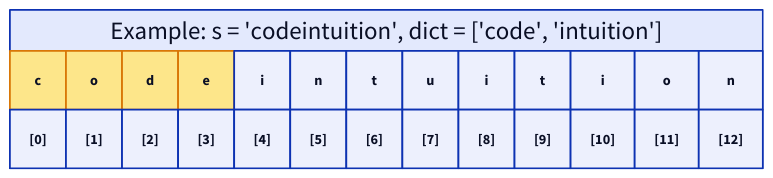
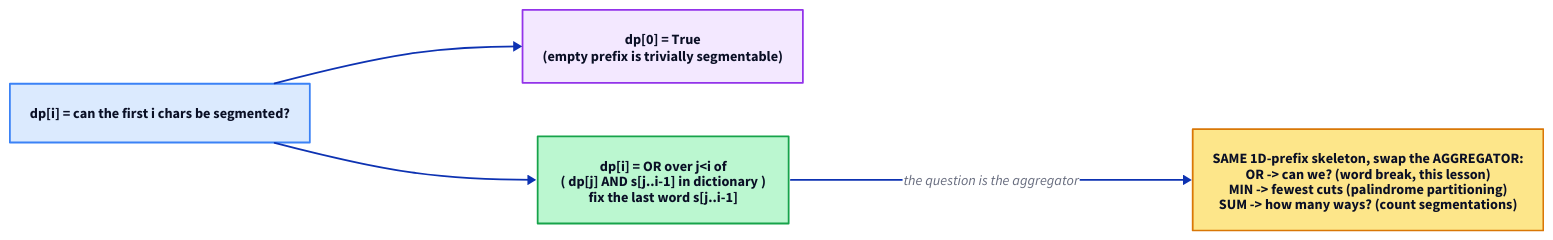
One commit to ani2fun/codefolio changed the diagram in content/cortex/data-structures-and-algorithms/05-algorithms-by-strategy/05-dynamic-programming/09-word-break.md. Above: the diagram before and after it, drawn with D2. The commit also changed other lines of this file and 1049 other files, not shown here.

````diff
--- a/content/cortex/data-structures-and-algorithms/05-algorithms-by-strategy/05-dynamic-programming/09-word-break.md
+++ b/content/cortex/data-structures-and-algorithms/05-algorithms-by-strategy/05-dynamic-programming/09-word-break.md
@@ -25,34 +61,10 @@
 ```d2
 direction: right
-ex: "Example: s = 'codeintuition', dict = ['code', 'intuition']" {
-  grid-rows: 2
-  grid-columns: 13
-  grid-gap: 0
-  c0: "c" {style.fill: "#fde68a"; style.stroke: "#d97706"}
-  c1: "o" {style.fill: "#fde68a"; style.stroke: "#d97706"}
-  c2: "d" {style.fill: "#fde68a"; style.stroke: "#d97706"}
-  c3: "e" {style.fill: "#fde68a"; style.stroke: "#d97706"}
-  c4: "i"
-  c5: "n"
-  c6: "t"
-  c7: "u"
-  c8: "i"
-  c9: "t"
-  c10: "i"
-  c11: "o"
-  c12: "n"
-  l0: "[0]"
-  l1: "[1]"
-  l2: "[2]"
-  l3: "[3]"
-  l4: "[4]"
-  l5: "[5]"
-  l6: "[6]"
-  l7: "[7]"
-  l8: "[8]"
-  l9: "[9]"
-  l10: "[10]"
-  l11: "[11]"
-  l12: "[12]"
-}
+state: "dp[i] = can the first i chars be segmented?" {style.fill: "#dbeafe"; style.stroke: "#3b82f6"}
+base: "dp[0] = True\n(empty prefix is trivially segmentable)" {style.fill: "#f3e8ff"; style.stroke: "#9333ea"}
+rec: "dp[i] = OR over j<i of\n( dp[j]  AND  s[j..i-1] in dictionary )\nfix the last word s[j..i-1]" {style.fill: "#bbf7d0"; style.stroke: "#16a34a"}
+family: "SAME 1D-prefix skeleton, swap the AGGREGATOR:\nOR  -> can we?        (word break, this lesson)\nMIN -> fewest cuts    (palindrome partitioning)\nSUM -> how many ways? (count segmentations)" {style.fill: "#fde68a"; style.stroke: "#d97706"}
+state -> base
+state -> rec
+rec -> family: "the question is the aggregator"
 ```
````
